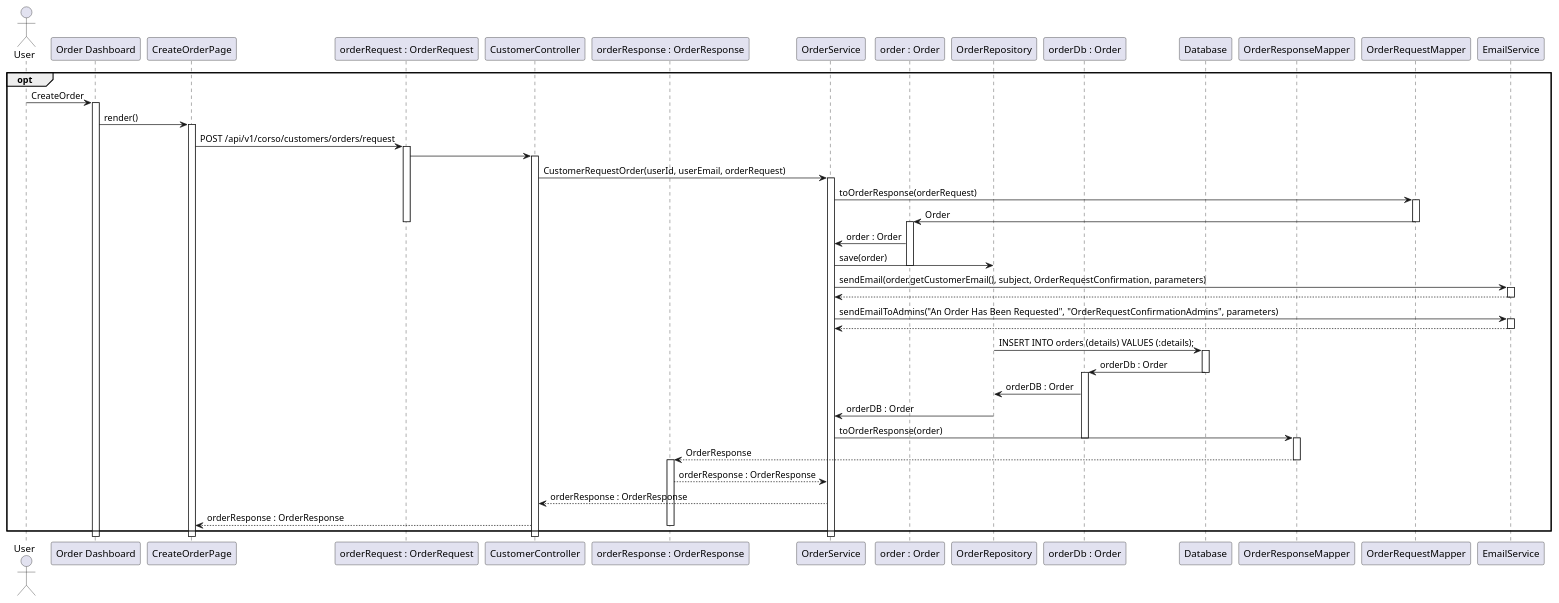
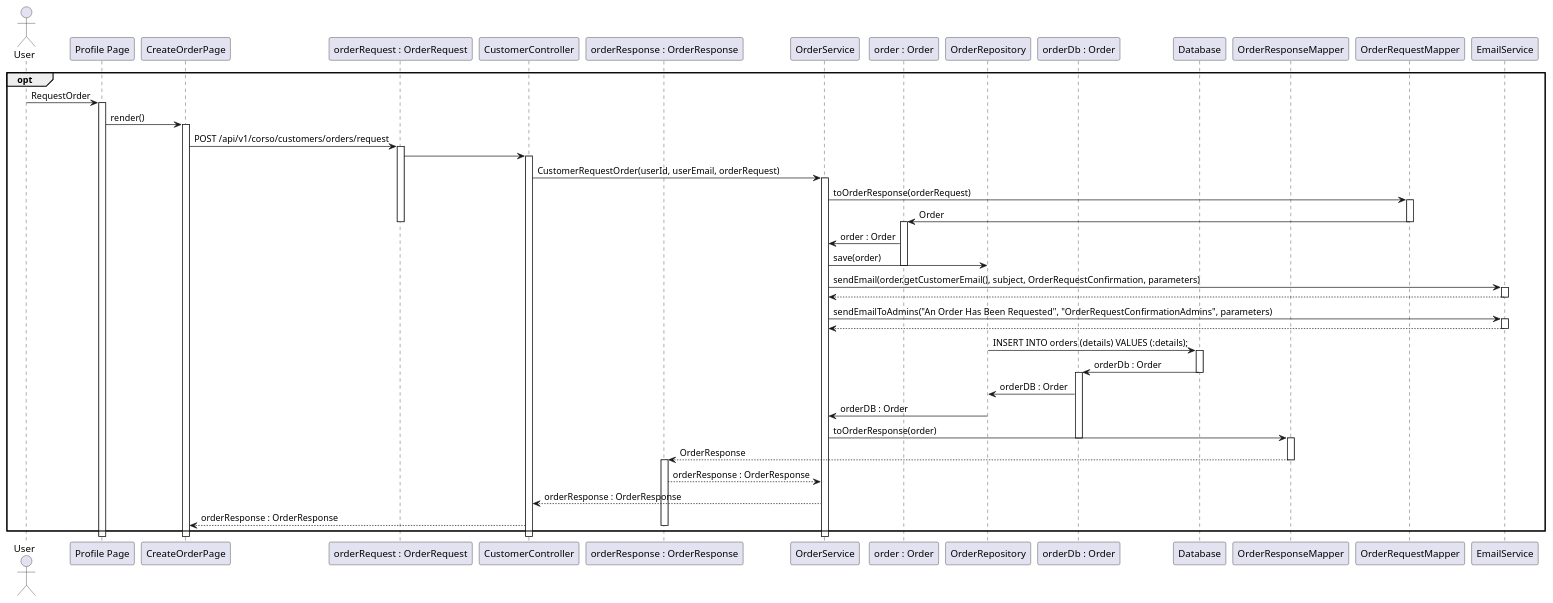
Before and after one commit to DylanBrass/Corso-Website: the diagram in Diagrams/LLSD/Orders/RequestOrderAsACustomer.puml, drawn with PlantUML.

Commit message:
diagrams

```diff
--- a/Diagrams/LLSD/Orders/RequestOrderAsACustomer.puml
+++ b/Diagrams/LLSD/Orders/RequestOrderAsACustomer.puml
@@ -1,97 +1,97 @@
 @startuml
 actor User
 
-participant "Order Dashboard" as ODashB
+participant "Profile Page" as ODashB
 
 participant "CreateOrderPage" as COP
 
 participant "orderRequest : OrderRequest" as Orq
 
 participant "CustomerController" as Oc
 
 participant "orderResponse : OrderResponse" as Orr
 
 participant "OrderService" as Os
 
 participant "order : Order" as O
 
 participant "OrderRepository" as Orep
 
 participant "orderDb : Order" as Odb
 
 participant "Database" as Db
 
 participant "OrderResponseMapper" as OresM
 
 participant "OrderRequestMapper" as OreqM
 
 
 opt
-User -> ODashB : CreateOrder
+User -> ODashB : RequestOrder
 activate ODashB
 
 ODashB -> COP : render()
 activate COP
 
 COP -> Orq : POST /api/v1/corso/customers/orders/request
 activate Orq
 
 Orq -> Oc
 activate Oc
 
 Oc -> Os : CustomerRequestOrder(userId, userEmail, orderRequest)
 activate Os
 
 Os -> OreqM : toOrderResponse(orderRequest)
 activate OreqM
 
 OreqM -> O: Order
 
 deactivate Orq
 deactivate OreqM
 
 activate O
 
 O -> Os : order : Order
 
 Os -> Orep: save(order)
 deactivate O
 
 Os -> EmailService : sendEmail(order.getCustomerEmail(), subject, OrderRequestConfirmation, parameters)
 activate EmailService
 EmailService --> Os
 deactivate EmailService
 
 Os -> EmailService : sendEmailToAdmins("An Order Has Been Requested", "OrderRequestConfirmationAdmins", parameters)
 activate EmailService
 EmailService --> Os
 deactivate EmailService
 
 Orep -> Db: INSERT INTO orders (details) VALUES (:details);
 activate Db
 
 Db -> Odb: orderDb : Order
 deactivate Db
 
 activate Odb
 Odb -> Orep: orderDB : Order
 
 Orep -> Os: orderDB : Order
 deactivate Orep
 Os -> OresM: toOrderResponse(order)
 deactivate Odb
 activate OresM
 
 OresM --> Orr: OrderResponse
 deactivate OresM
 activate Orr
 
 Orr --> Os : orderResponse : OrderResponse
 
 Os --> Oc: orderResponse : OrderResponse
 
 Oc --> COP: orderResponse : OrderResponse
 
 deactivate Orr
 end opt
 @enduml
```
